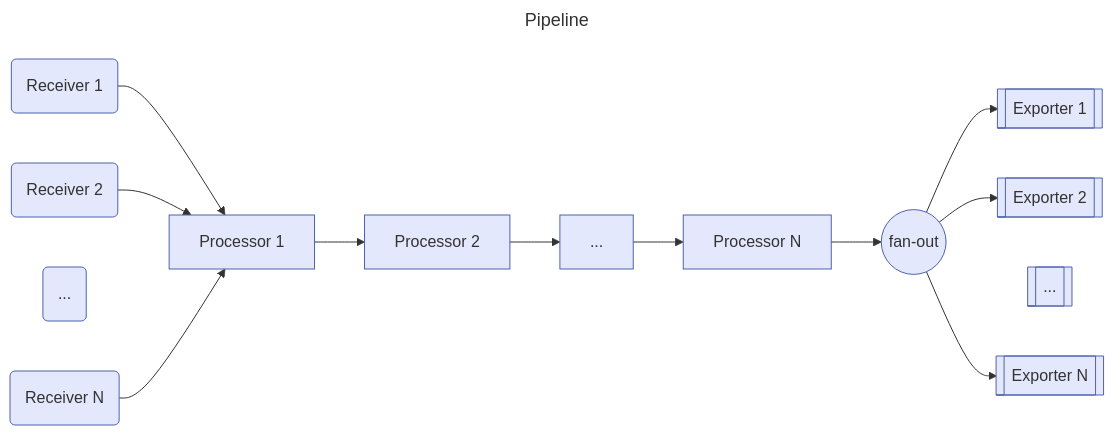
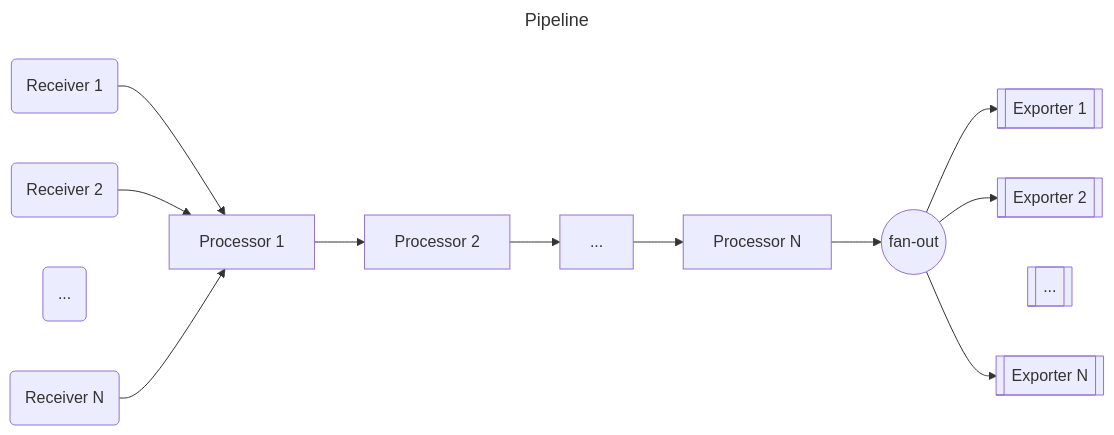
The first of 7 diagrams in content/en/docs/collector/architecture.md (open-telemetry/opentelemetry.io), drawn with Mermaid before and after one commit. The commit also changed other lines of this file, not shown here.

Commit message:
Make collector mermaid diagrams darkmode compatible

````diff
--- a/content/en/docs/collector/architecture.md
+++ b/content/en/docs/collector/architecture.md
@@ -42,21 +42,18 @@
 ```mermaid
 ---
 title: Pipeline
 ---
 flowchart LR
-    R1(Receiver 1) --> P1[Processor 1]
-    R2(Receiver 2) --> P1
-    RM(...) ~~~ P1
-    RN(Receiver N) --> P1
-    P1 --> P2[Processor 2]
-    P2 --> PM[...]
-    PM --> PN[Processor N]
-    PN --> FO((fan-out))
-    FO --> E1[[Exporter 1]]
-    FO --> E2[[Exporter 2]]
-    FO ~~~ EM[[...]]
-    FO --> EN[[Exporter N]]
-
-    %% The stroke color matches the website header.
-    classDef default fill:#e3e8fc,stroke:#4f62ad
+  R1(Receiver 1) --> P1[Processor 1]
+  R2(Receiver 2) --> P1
+  RM(...) ~~~ P1
+  RN(Receiver N) --> P1
+  P1 --> P2[Processor 2]
+  P2 --> PM[...]
+  PM --> PN[Processor N]
+  PN --> FO((fan-out))
+  FO --> E1[[Exporter 1]]
+  FO --> E2[[Exporter 2]]
+  FO ~~~ EM[[...]]
+  FO --> EN[[Exporter N]]
 ```
````
